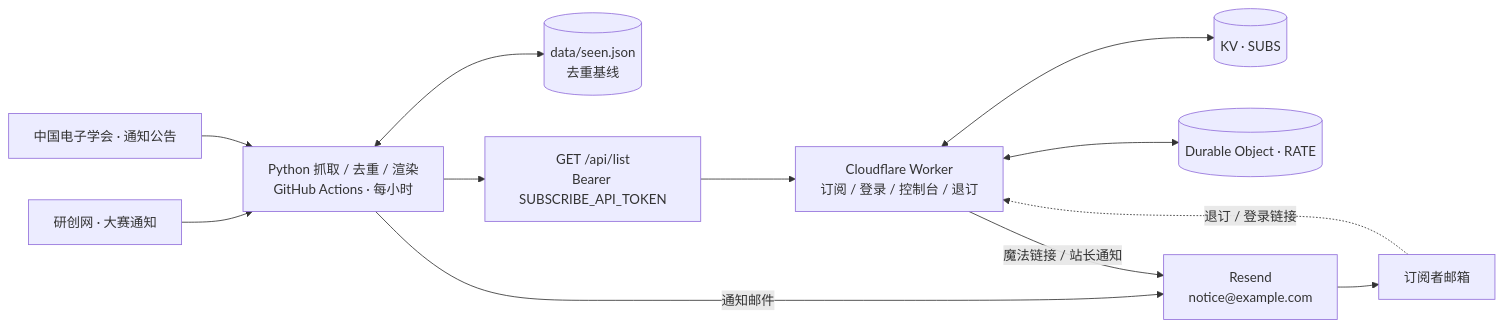
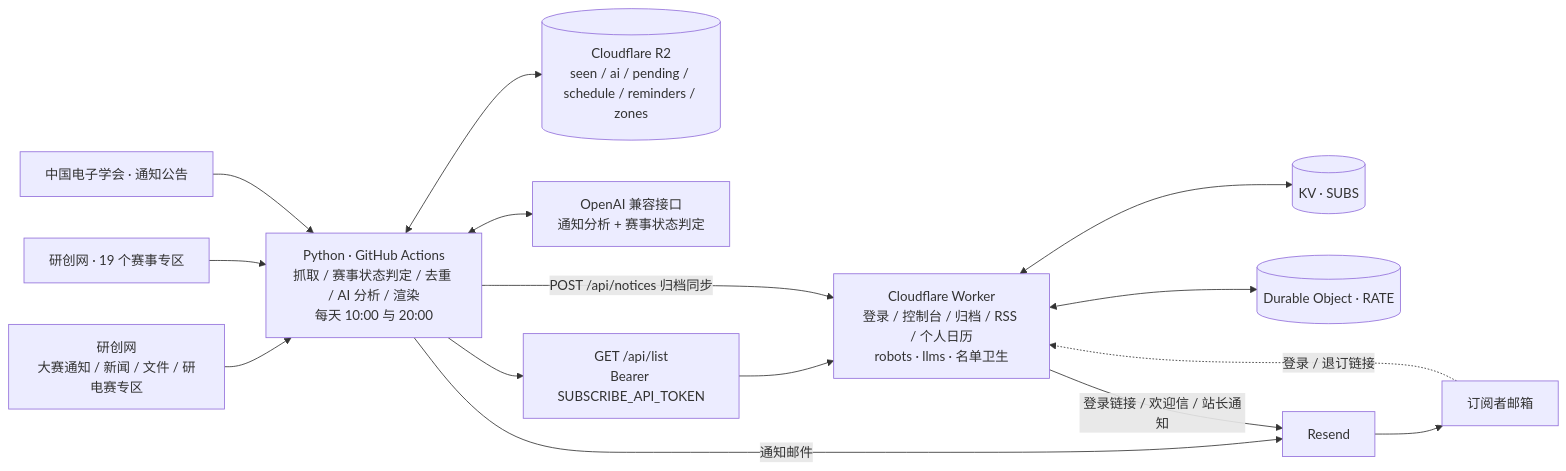
One commit to ikaraseay/yds-notifier changed the diagram in README.md. Above: the diagram before and after it, drawn with Mermaid. The commit also changed other lines of this file and 37 other files, not shown here.

````diff
--- a/README.md
+++ b/README.md
@@ -134,24 +92,29 @@
 ```mermaid
 flowchart LR
-    S1["研创网 · 大赛通知"]
-    S2["中国电子学会 · 通知公告"]
-    P["Python 抓取 / 去重 / 渲染<br/>GitHub Actions · 每小时"]
-    DB[("data/seen.json<br/>去重基线")]
+    S1["研创网<br/>大赛通知 / 新闻 / 文件 / 研电赛专区"]
+    S2["研创网 · 19 个赛事专区"]
+    S3["中国电子学会 · 通知公告"]
+    P["Python · GitHub Actions<br/>抓取 / 赛事状态判定 / 去重 / AI 分析 / 渲染<br/>每天 10:00 与 20:00"]
+    R2[("Cloudflare R2<br/>seen / ai / pending / schedule / reminders / zones")]
+    AI["OpenAI 兼容接口<br/>通知分析 + 赛事状态判定"]
     API["GET /api/list<br/>Bearer SUBSCRIBE_API_TOKEN"]
-    W["Cloudflare Worker<br/>订阅 / 登录 / 控制台 / 退订"]
+    W["Cloudflare Worker<br/>登录 / 控制台 / 归档 / RSS / 个人日历<br/>robots · llms · 名单卫生"]
     KV[("KV · SUBS")]
     DO[("Durable Object · RATE")]
-    R["Resend<br/>notice@example.com"]
+    M["Resend"]
     U["订阅者邮箱"]
 
     S1 --> P
     S2 --> P
-    P <--> DB
+    S3 --> P
+    P <--> R2
+    P <--> AI
     P --> API --> W
+    P -->|POST /api/notices 归档同步| W
     W <--> KV
     W <--> DO
-    P -->|通知邮件| R
-    W -->|魔法链接 / 站长通知| R
-    R --> U
-    U -.->|退订 / 登录链接| W
+    P -->|通知邮件| M
+    W -->|登录链接 / 欢迎信 / 站长通知| M
+    M --> U
+    U -.->|登录 / 退订链接| W
 ```
````
